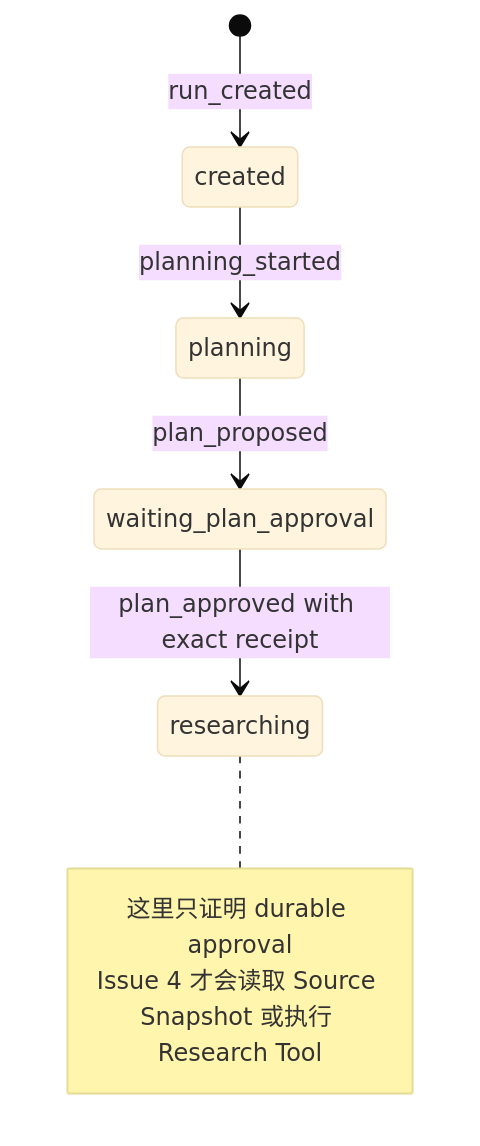
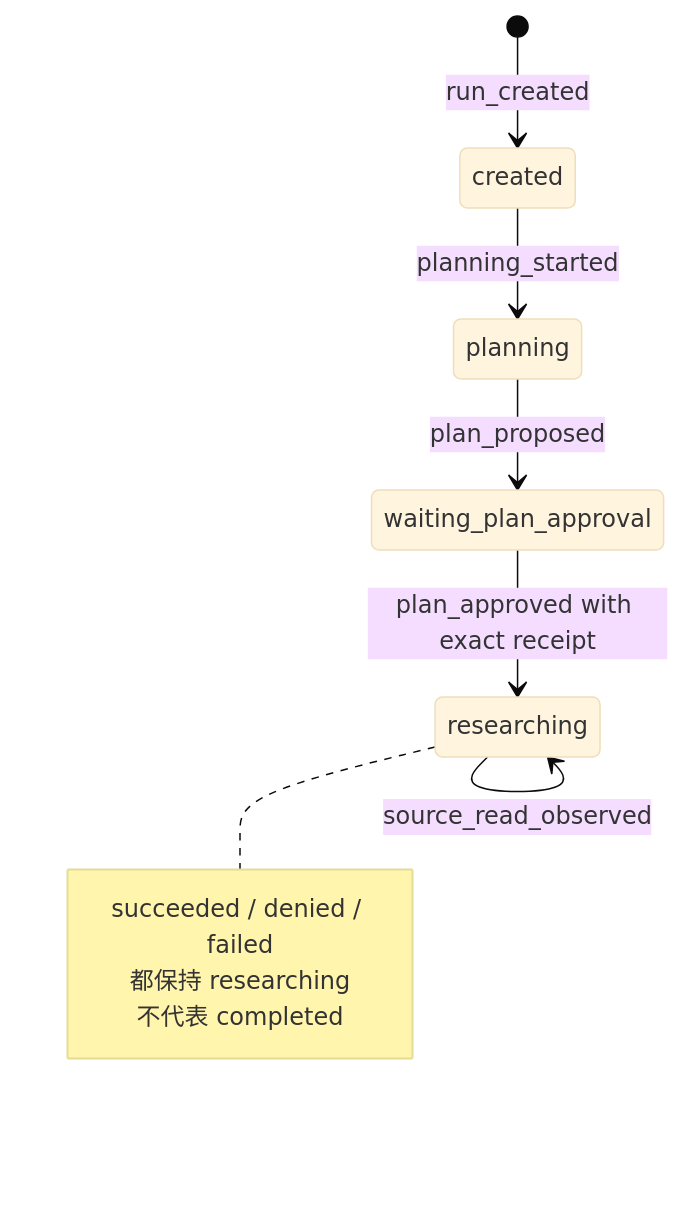
The second of 2 diagrams in projects/evidence-research-agent/docs/architecture.md (nightsu/ai-stuff), drawn with Mermaid (base theme) before and after one commit. The commit also changed other lines of this file and 3 other files, not shown here.

````diff
--- a/projects/evidence-research-agent/docs/architecture.md
+++ b/projects/evidence-research-agent/docs/architecture.md
@@ -51,12 +51,14 @@
 ```mermaid
 stateDiagram-v2
   [*] --> created: run_created
   created --> planning: planning_started
   planning --> waiting_plan_approval: plan_proposed
   waiting_plan_approval --> researching: plan_approved with exact receipt
+  researching --> researching: source_read_observed
 
   note right of researching
-    这里只证明 durable approval
-    Issue 4 才会读取 Source Snapshot 或执行 Research Tool
+    succeeded / denied / failed
+    都保持 researching
+    不代表 completed
   end note
 ```
````
